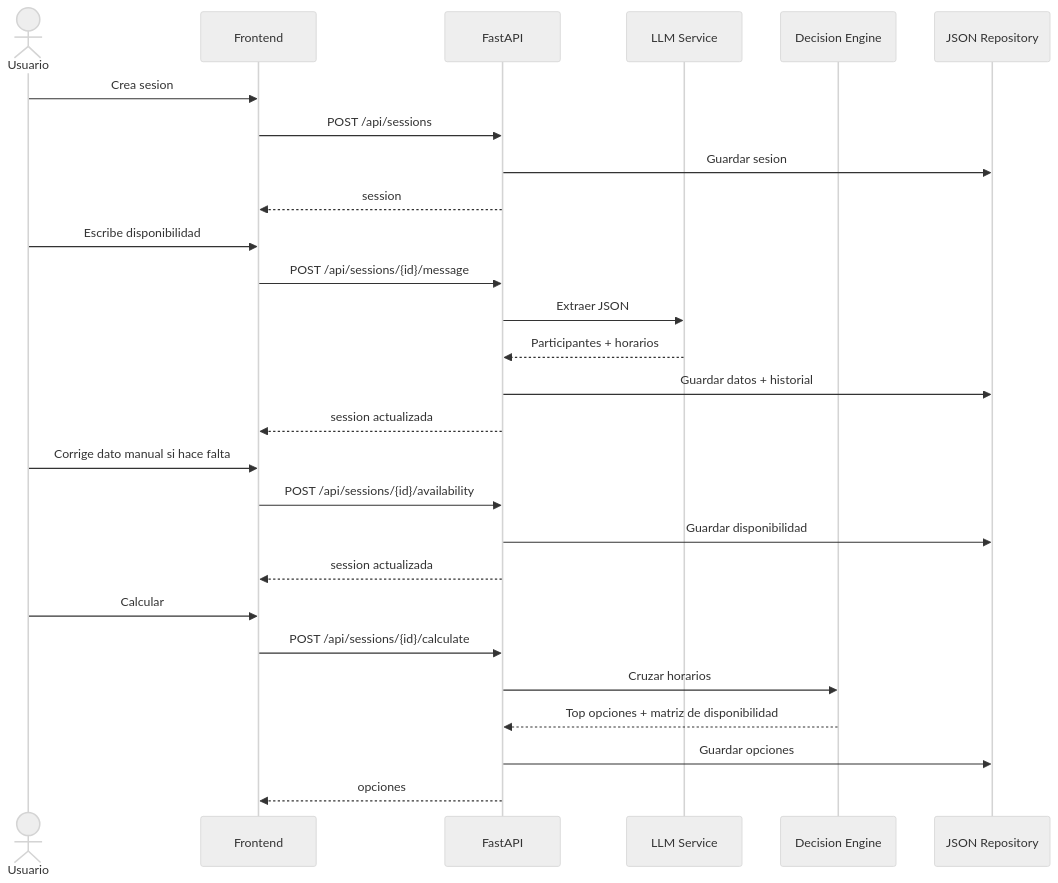
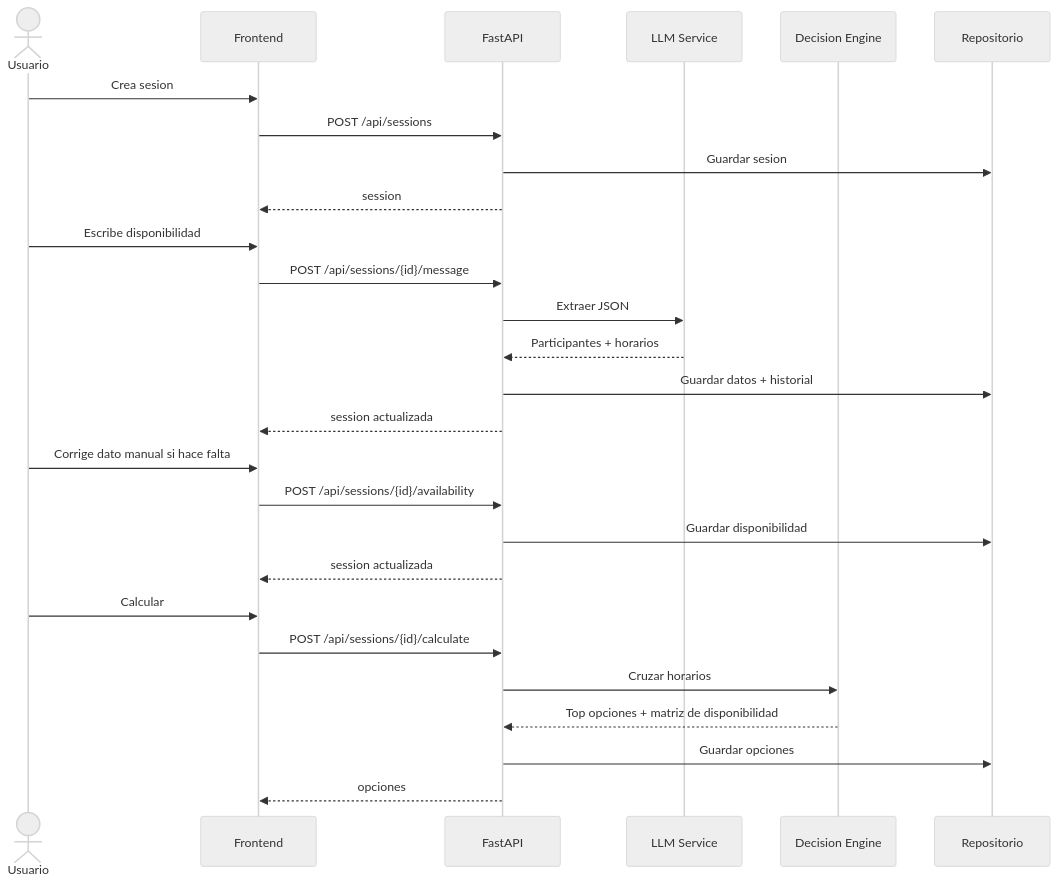
The second of 2 diagrams in coordinador-simple-mvp/docs/ARQUITECTURA_SIMPLE.md (MatiasHernandezC/CoordAgent), drawn with Mermaid (neutral theme) before and after one commit. The commit also changed other lines of this file and 2 other files, not shown here.

````diff
--- a/coordinador-simple-mvp/docs/ARQUITECTURA_SIMPLE.md
+++ b/coordinador-simple-mvp/docs/ARQUITECTURA_SIMPLE.md
@@ -17,33 +17,33 @@
 ```mermaid
 sequenceDiagram
   actor U as Usuario
   participant F as Frontend
   participant API as FastAPI
   participant L as LLM Service
   participant E as Decision Engine
-  participant R as JSON Repository
+  participant R as Repositorio
 
   U->>F: Crea sesion
   F->>API: POST /api/sessions
   API->>R: Guardar sesion
   API-->>F: session
 
   U->>F: Escribe disponibilidad
   F->>API: POST /api/sessions/{id}/message
   API->>L: Extraer JSON
   L-->>API: Participantes + horarios
   API->>R: Guardar datos + historial
   API-->>F: session actualizada
 
   U->>F: Corrige dato manual si hace falta
   F->>API: POST /api/sessions/{id}/availability
   API->>R: Guardar disponibilidad
   API-->>F: session actualizada
 
   U->>F: Calcular
   F->>API: POST /api/sessions/{id}/calculate
   API->>E: Cruzar horarios
   E-->>API: Top opciones + matriz de disponibilidad
   API->>R: Guardar opciones
   API-->>F: opciones
 ```
````
